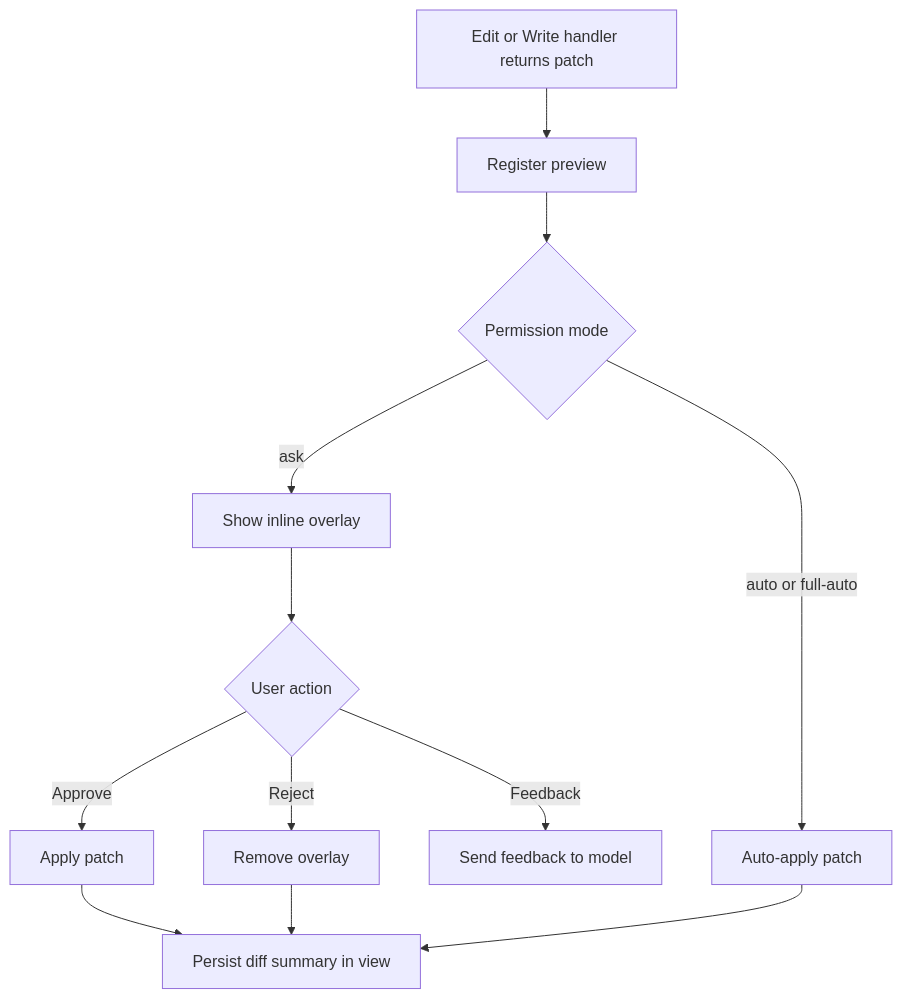
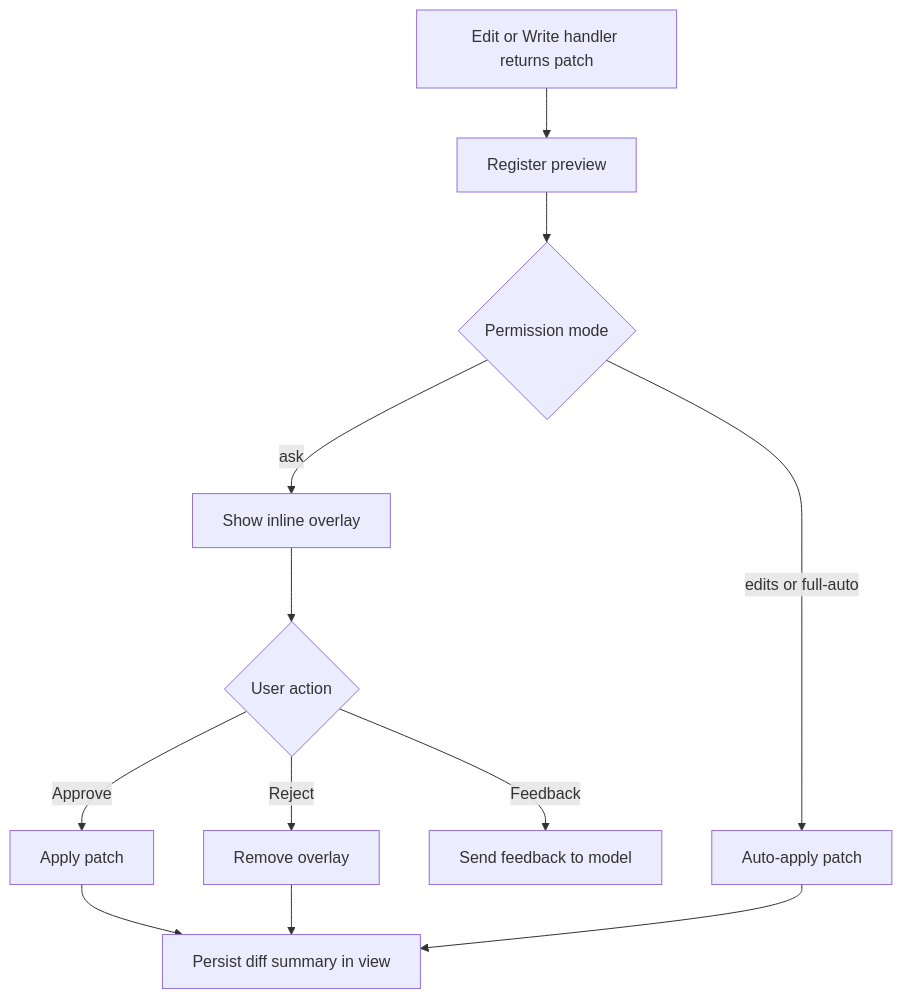
The diagram in docs/preview.md (FrauH0lle/mevedel), drawn with Mermaid before and after one commit. The commit also changed other lines of this file and 31 other files, not shown here.

````diff
--- a/docs/preview.md
+++ b/docs/preview.md
@@ -32,14 +32,14 @@
 ```mermaid
 flowchart TD
     A[Edit or Write handler returns patch] --> B[Register preview]
     B --> C{Permission mode}
     C -- ask --> D[Show inline overlay]
-    C -- auto or full-auto --> E[Auto-apply patch]
+    C -- edits or full-auto --> E[Auto-apply patch]
     D --> F{User action}
     F -- Approve --> G[Apply patch]
     F -- Reject --> H[Remove overlay]
     F -- Feedback --> I[Send feedback to model]
     G --> J[Persist diff summary in view]
     E --> J
     H --> J
 ```
````
